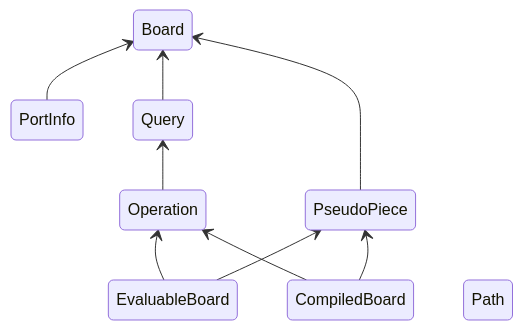
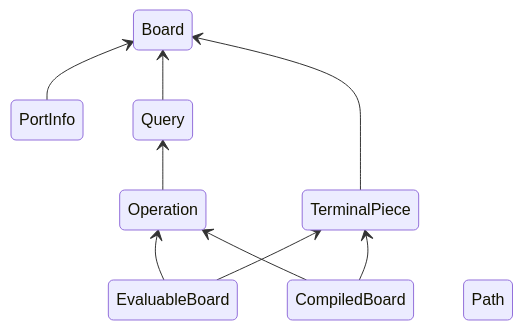
Before and after one commit to MitchStevens/abed-ps: the diagram in docs/board.md, drawn with Mermaid. The commit also changed 33 other files, not shown here.

````diff
--- a/docs/board.md
+++ b/docs/board.md
@@ -21,14 +21,14 @@
 ```mermaid
 stateDiagram
     direction BT
     Board
     PortInfo --> Board
     Query --> Board
-    PseudoPiece --> Board
+    TerminalPiece --> Board
     Operation --> Query
     EvaluableBoard --> Operation
     CompiledBoard --> Operation
-    EvaluableBoard --> PseudoPiece
-    CompiledBoard --> PseudoPiece
+    EvaluableBoard --> TerminalPiece
+    CompiledBoard --> TerminalPiece
     Path
 ```
````
